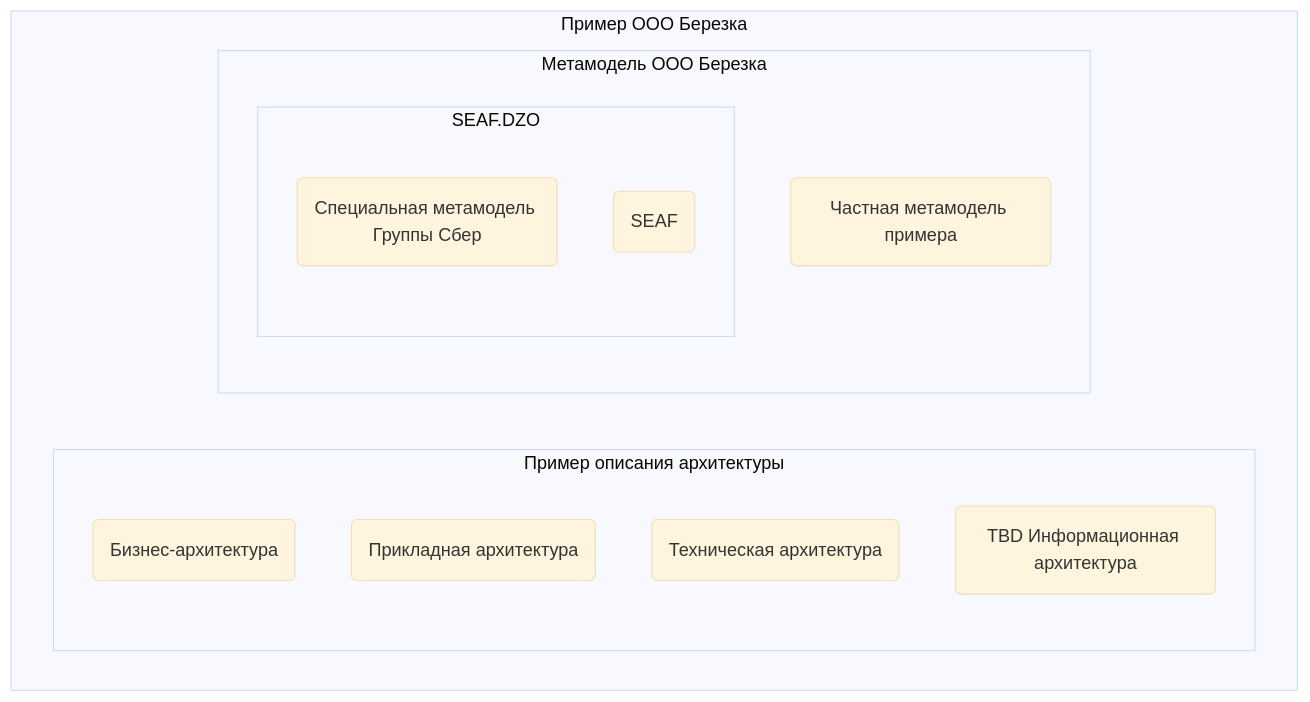
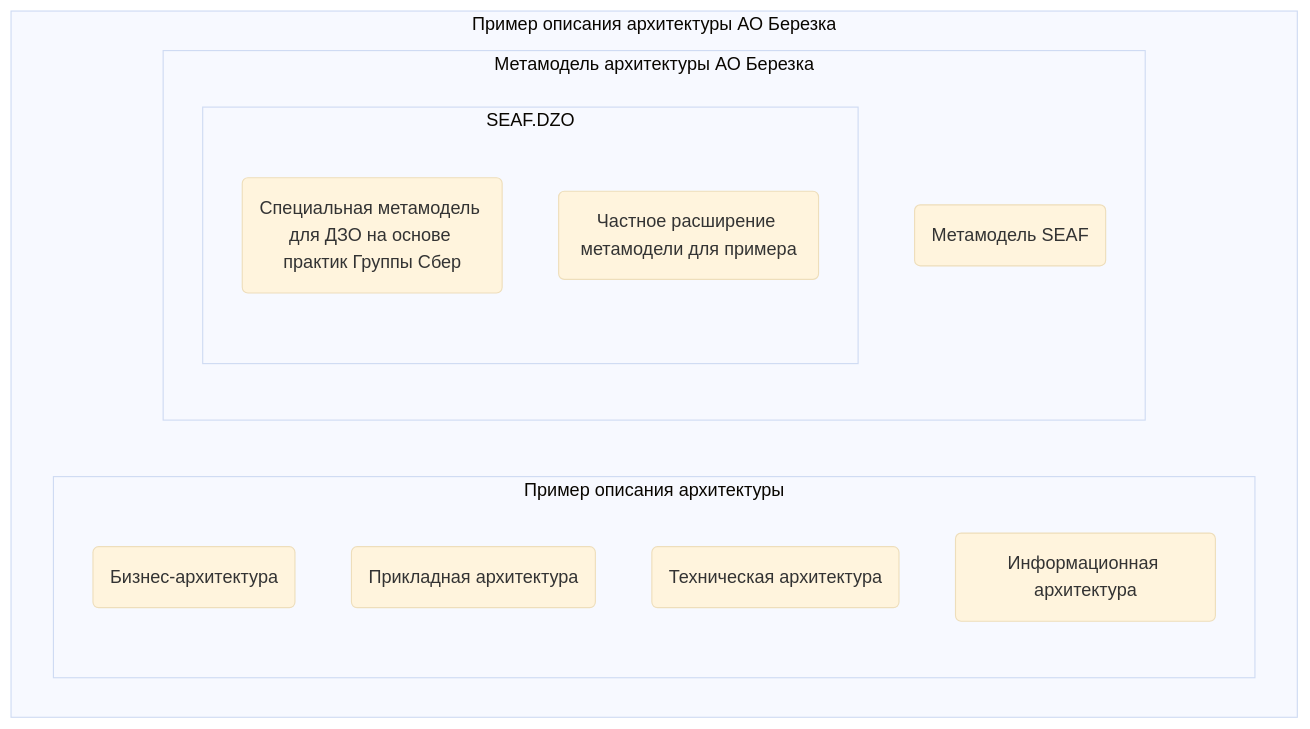
The diagram in README.md (SEAFTeam/seaf-dzo-prototype), drawn with Mermaid (base theme) before and after one commit. The commit also changed other lines of this file, not shown here.

Commit message:
Актуализирован readme.md в части описания примера описания архитектуры "Березка"

````diff
--- a/README.md
+++ b/README.md
@@ -5,18 +5,18 @@
 ```mermaid
 flowchart TB
-    subgraph "Пример ООО Березка"
+    subgraph "Пример описания архитектуры АО Березка"
         subgraph Пример описания архитектуры
             id2(Бизнес-архитектура)
             id3(Прикладная архитектура)
             id4(Техническая архитектура)
-            id5(TBD Информационная архитектура )
+            id5(Информационная архитектура)
         end
-        subgraph Метамодель ООО Березка
-            id6(Частная метамодель примера)
+        subgraph Метамодель архитектуры АО Березка
+            id6(Метамодель SEAF)
             subgraph SEAF.DZO
-                id7(Специальная метамодель Группы Сбер)
-                id8(SEAF)
+                id7(Специальная метамодель для ДЗО на основе практик Группы Сбер)
+                id8(Частное расширение метамодели для примера)
             end
         end
     end
 ```
````
